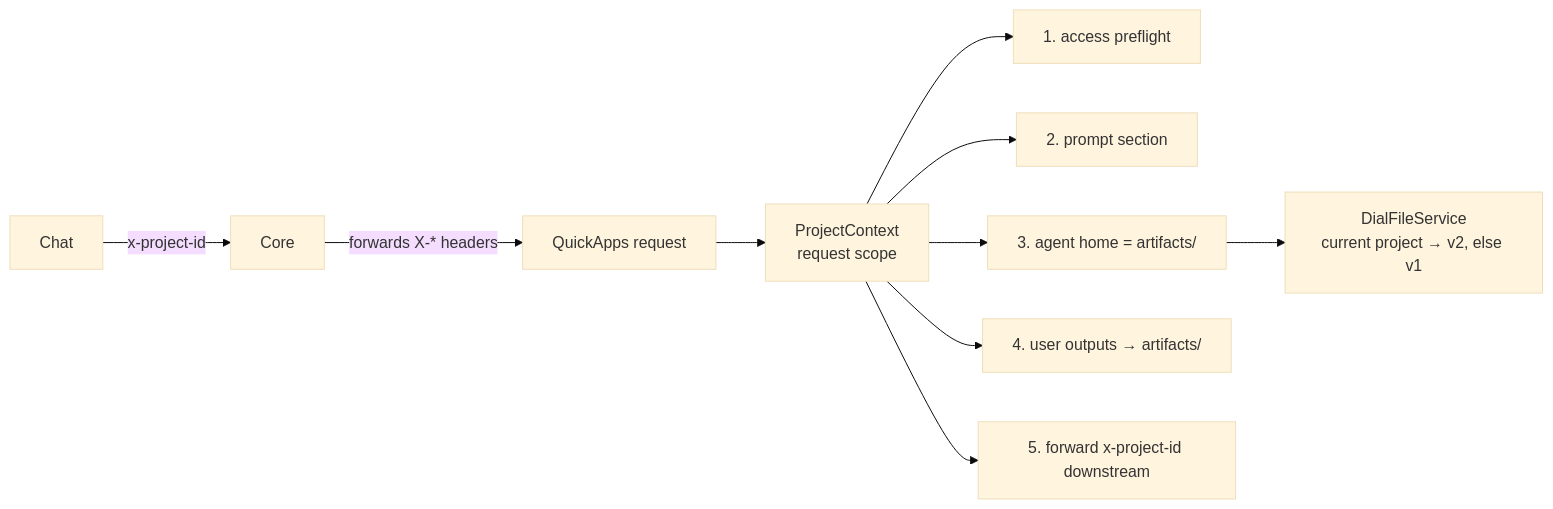
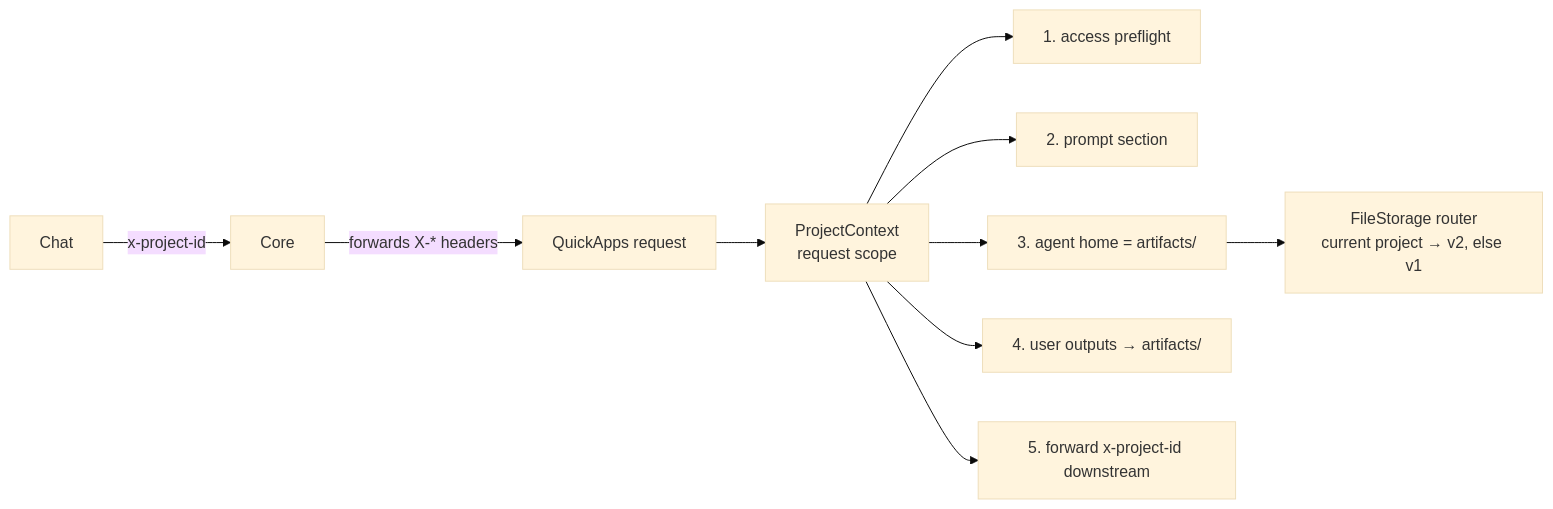
The diagram in docs/designs/projects.md (epam/ai-dial-quickapps-backend), drawn with Mermaid (base theme) before and after one commit. The commit also changed other lines of this file and 45 other files, not shown here.

Commit message:
feat: add project context and v2 project file storage (1/5) (#723)

````diff
--- a/docs/designs/projects.md
+++ b/docs/designs/projects.md
@@ -81,11 +80,11 @@
 ```mermaid
 flowchart LR
   Chat -- x-project-id --> Core -- "forwards X-* headers" --> QA[QuickApps request]
   QA --> PC[ProjectContext<br/>request scope]
   PC --> P1[1. access preflight]
   PC --> P2[2. prompt section]
   PC --> P3[3. agent home = artifacts/]
   PC --> P4[4. user outputs → artifacts/]
   PC --> P5[5. forward x-project-id downstream]
-  P3 --> FS[DialFileService<br/>current project → v2, else v1]
+  P3 --> FS[FileStorage router<br/>current project → v2, else v1]
 ```
````
